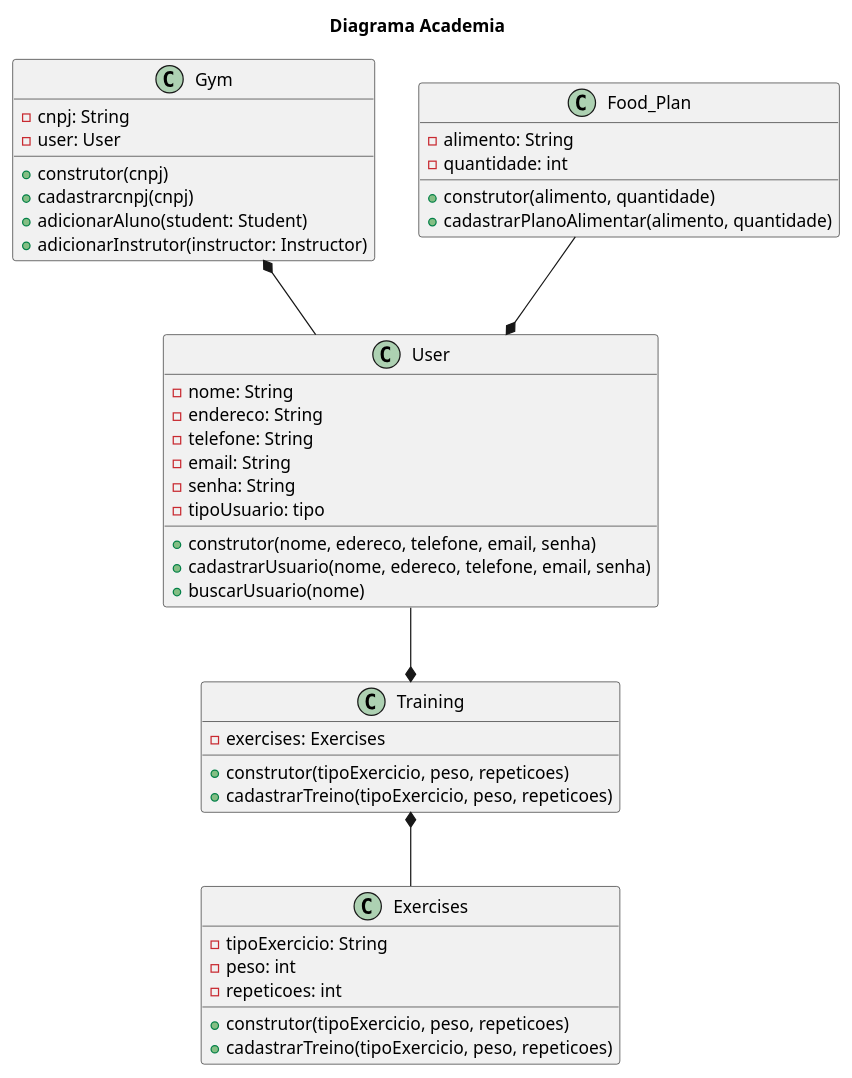
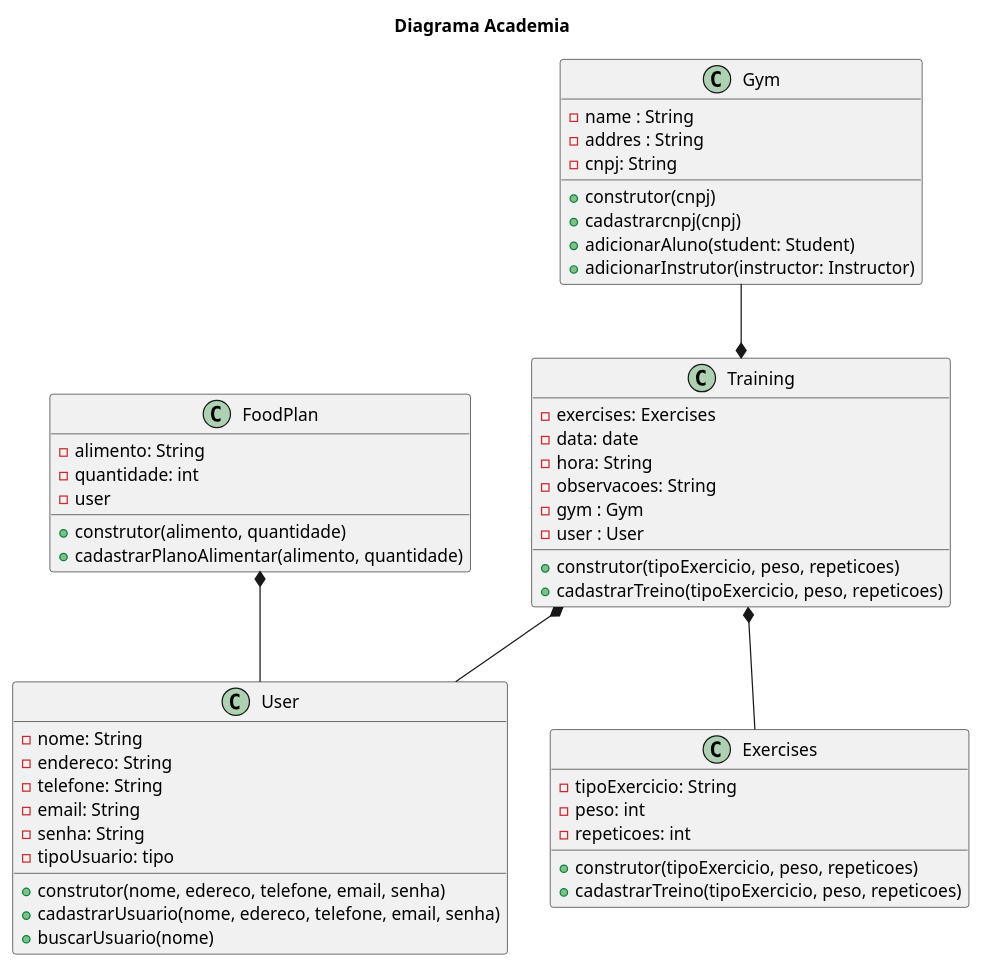
The diagram in DiagramaClasses.plantuml (anleaes/2023-1-N2-POO-02), drawn with PlantUML before and after one commit. The commit also changed 20 other files, not shown here.

```diff
--- a/DiagramaClasses.plantuml
+++ b/DiagramaClasses.plantuml
@@ -2,64 +2,72 @@
 @startuml
 
 title: Diagrama Academia
 
 class User {
     - nome: String
     - endereco: String
     - telefone: String
     - email: String
     - senha: String
     - tipoUsuario: tipo
     + construtor(nome, edereco, telefone, email, senha)      
     + cadastrarUsuario(nome, edereco, telefone, email, senha)
     + buscarUsuario(nome)                 
     
 }
 
 class Gym{
+    - name : String
+    - addres : String
     - cnpj: String
-    - user: User
     + construtor(cnpj)
     + cadastrarcnpj(cnpj)
     + adicionarAluno(student: Student)
     + adicionarInstrutor(instructor: Instructor)
 
 }
 
 
 class Training{
     - exercises: Exercises
+    - data: date
+    - hora: String
+    - observacoes: String
+    - gym : Gym
+    - user : User
+
     + construtor(tipoExercicio, peso, repeticoes)
     + cadastrarTreino(tipoExercicio, peso, repeticoes)
 }
 
 class Exercises{
     - tipoExercicio: String
     - peso: int
     - repeticoes: int
     + construtor(tipoExercicio, peso, repeticoes)
     + cadastrarTreino(tipoExercicio, peso, repeticoes)
 }
 
-class Food_Plan{
+class FoodPlan{
     - alimento: String
     - quantidade: int
+    - user
     + construtor(alimento, quantidade)
     + cadastrarPlanoAlimentar(alimento, quantidade)
 }
 
 
 
 
 
-User --* Training
+Gym --* Training
 Training *-- Exercises
-Gym *-- User
-Food_Plan --* User
+Training *-- User
+FoodPlan *-- User
 
 
 
 
 
 
 @enduml
```
